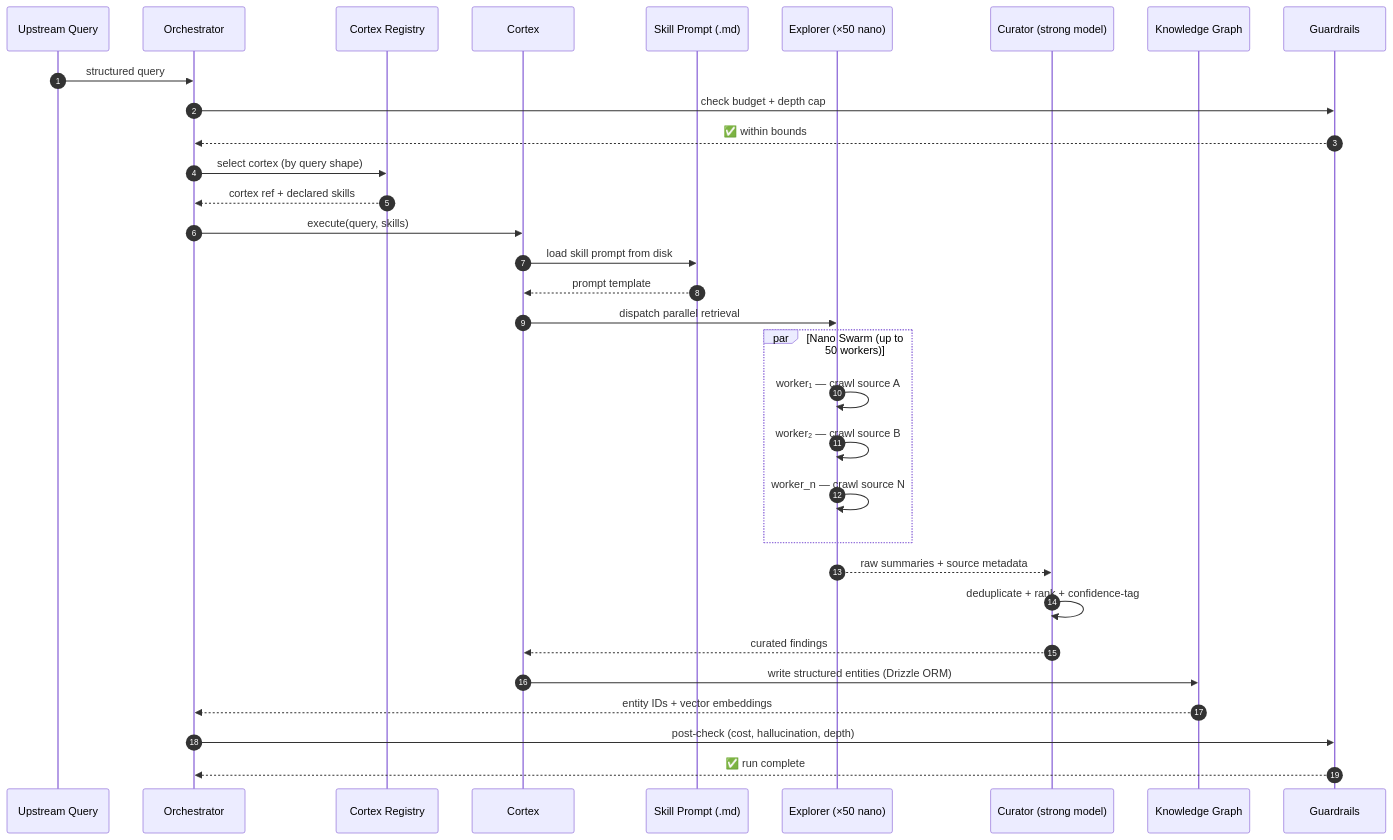
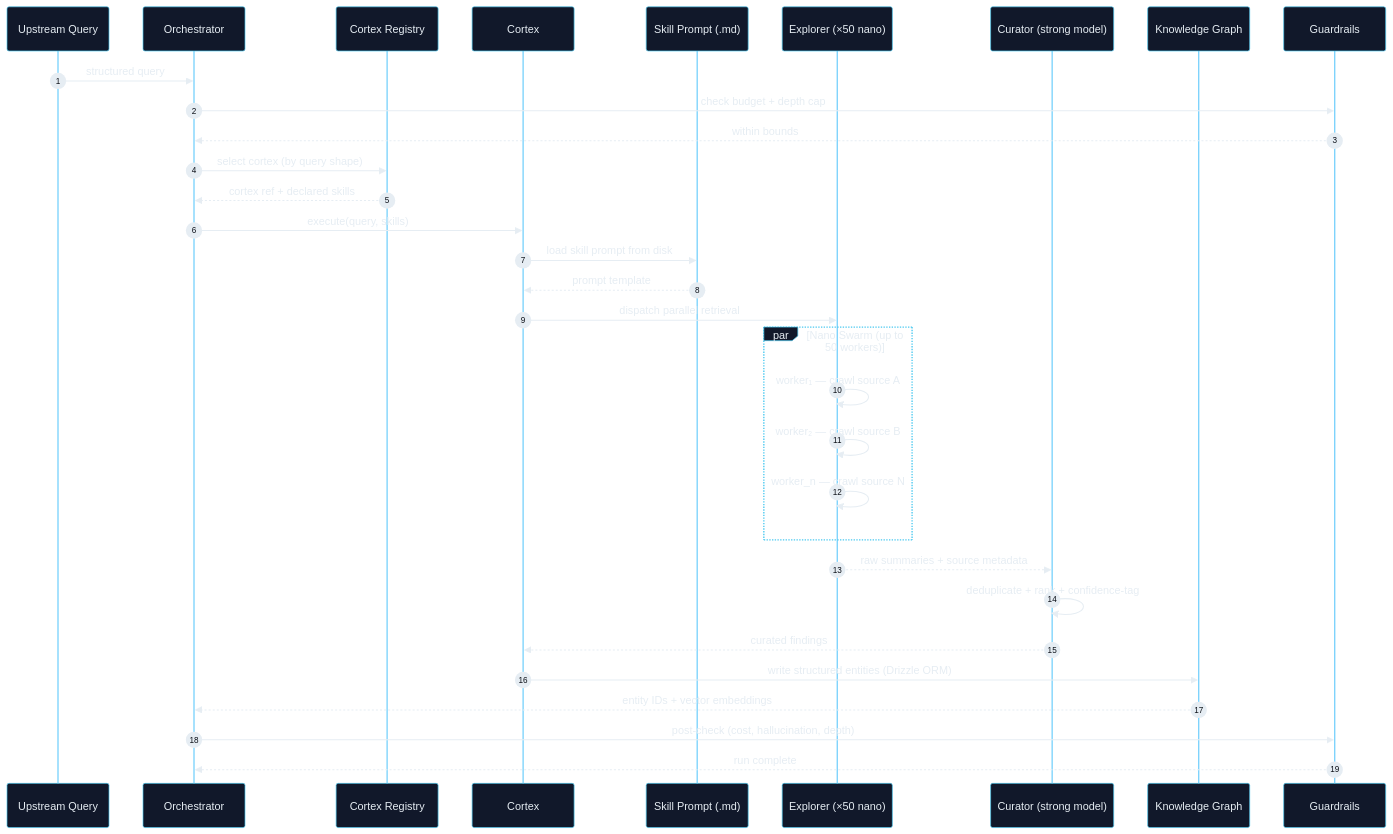
The third of 15 diagrams in README.md (jeremienunez/thalamus-usecase-ssa-), drawn with Mermaid before and after one commit. The commit also changed other lines of this file and 9 other files, not shown here.

````diff
--- a/README.md
+++ b/README.md
@@ -404,42 +177,43 @@
 ```mermaid
+%%{init: {'theme':'base','themeVariables':{'background':'#0b0f17','primaryColor':'#11182a','primaryTextColor':'#e6edf3','primaryBorderColor':'#4cc9f0','secondaryColor':'#1a2033','tertiaryColor':'#141a28','secondaryTextColor':'#e6edf3','tertiaryTextColor':'#e6edf3','noteTextColor':'#e6edf3','noteBkgColor':'#1a2033','noteBorderColor':'#4cc9f0','lineColor':'#7dd3fc','textColor':'#e6edf3','mainBkg':'#11182a','secondBkg':'#1a2033','clusterBkg':'#0d1320','clusterBorder':'#4cc9f0','titleColor':'#e6edf3','edgeLabelBackground':'#0b0f17','labelBoxBkgColor':'#11182a','labelBoxBorderColor':'#4cc9f0','labelTextColor':'#e6edf3','actorBkg':'#11182a','actorBorder':'#4cc9f0','actorTextColor':'#e6edf3','actorLineColor':'#7dd3fc','signalColor':'#e6edf3','signalTextColor':'#e6edf3','activationBkgColor':'#1a2033','activationBorderColor':'#4cc9f0','sequenceNumberColor':'#0b0f17','classText':'#e6edf3'}}}%%
 sequenceDiagram
     autonumber
     participant U as Upstream Query
     participant O as Orchestrator
     participant R as Cortex Registry
     participant C as Cortex
     participant S as Skill Prompt (.md)
     participant E as Explorer (×50 nano)
     participant Cu as Curator (strong model)
     participant KG as Knowledge Graph
     participant G as Guardrails
 
     U->>O: structured query
     O->>G: check budget + depth cap
-    G-->>O: ✅ within bounds
+    G-->>O: within bounds
 
     O->>R: select cortex (by query shape)
     R-->>O: cortex ref + declared skills
 
     O->>C: execute(query, skills)
     C->>S: load skill prompt from disk
     S-->>C: prompt template
 
     C->>E: dispatch parallel retrieval
 
     par Nano Swarm (up to 50 workers)
         E->>E: worker₁ — crawl source A
         E->>E: worker₂ — crawl source B
         E->>E: worker_n — crawl source N
     end
 
     E-->>Cu: raw summaries + source metadata
     Cu->>Cu: deduplicate + rank + confidence-tag
     Cu-->>C: curated findings
 
     C->>KG: write structured entities (Drizzle ORM)
     KG-->>O: entity IDs + vector embeddings
 
     O->>G: post-check (cost, hallucination, depth)
-    G-->>O: ✅ run complete
+    G-->>O: run complete
 ```
````
